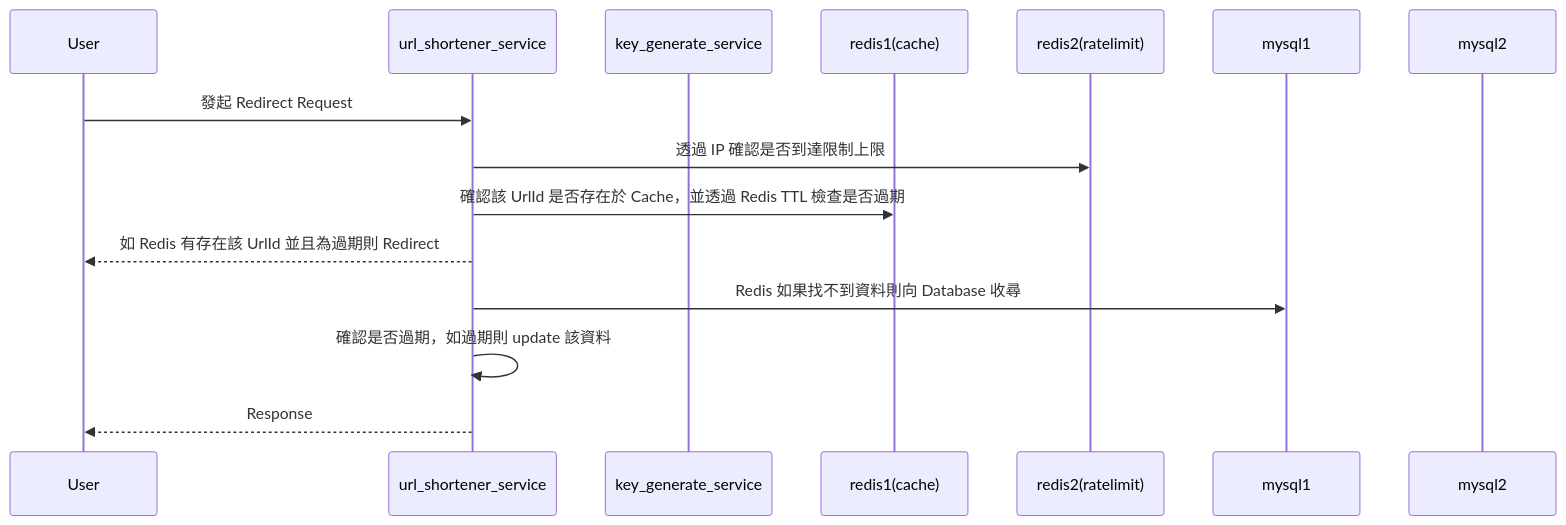
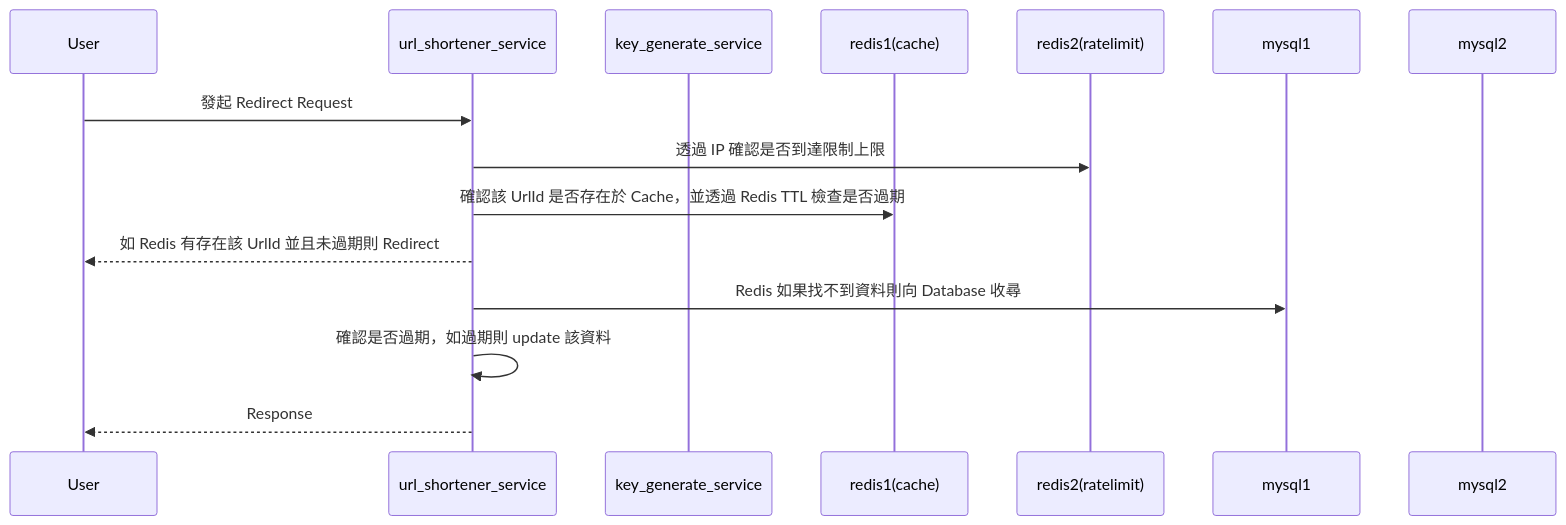
The third of 3 diagrams in readme.md (z0890142/URL_Shortener), drawn with Mermaid before and after one commit. The commit also changed other lines of this file, not shown here.

````diff
--- a/readme.md
+++ b/readme.md
@@ -87,21 +88,21 @@
 ```mermaid
 
 sequenceDiagram;
    participant User;
    participant url_shortener_service
    participant key_generate_service
    participant redis1(cache)
    participant redis2(ratelimit)
    participant mysql1
    participant mysql2
 
    User->>url_shortener_service: 發起 Redirect Request;
    url_shortener_service ->> redis2(ratelimit): 透過 IP 確認是否到達限制上限;
    url_shortener_service ->> redis1(cache):確認該 UrlId 是否存在於 Cache，並透過 Redis TTL 檢查是否過期;
-   url_shortener_service -->> User: 如 Redis 有存在該 UrlId 並且為過期則 Redirect ;
+   url_shortener_service -->> User: 如 Redis 有存在該 UrlId 並且未過期則 Redirect ;
 
    url_shortener_service ->> mysql1:Redis 如果找不到資料則向 Database 收尋 ;
    url_shortener_service ->> url_shortener_service: 確認是否過期，如過期則 update 該資料;
    url_shortener_service -->> User: Response;
 
 ```
````
